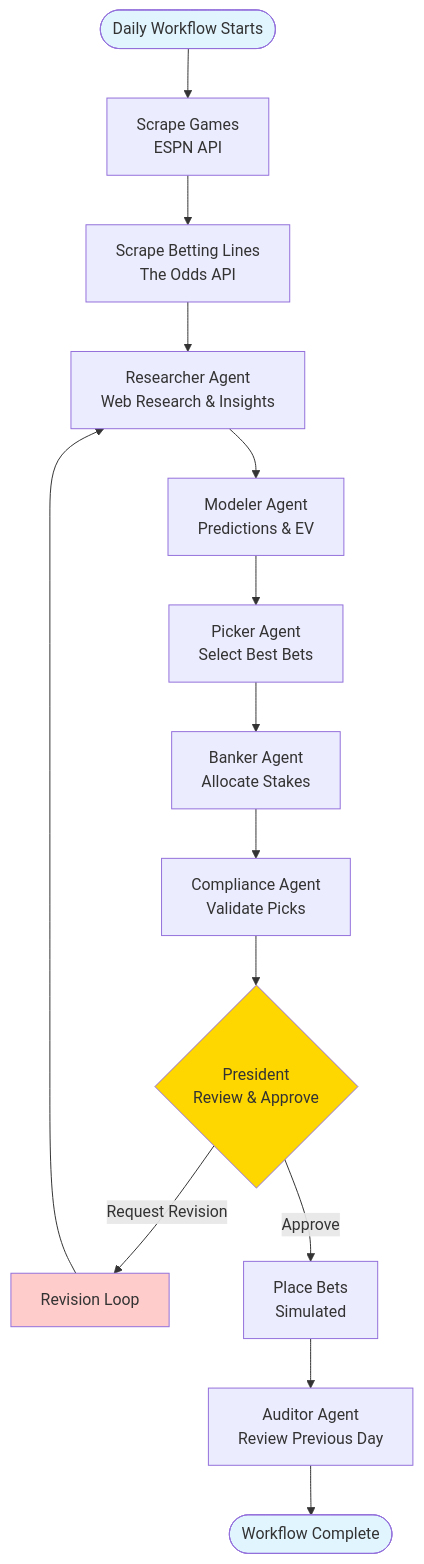
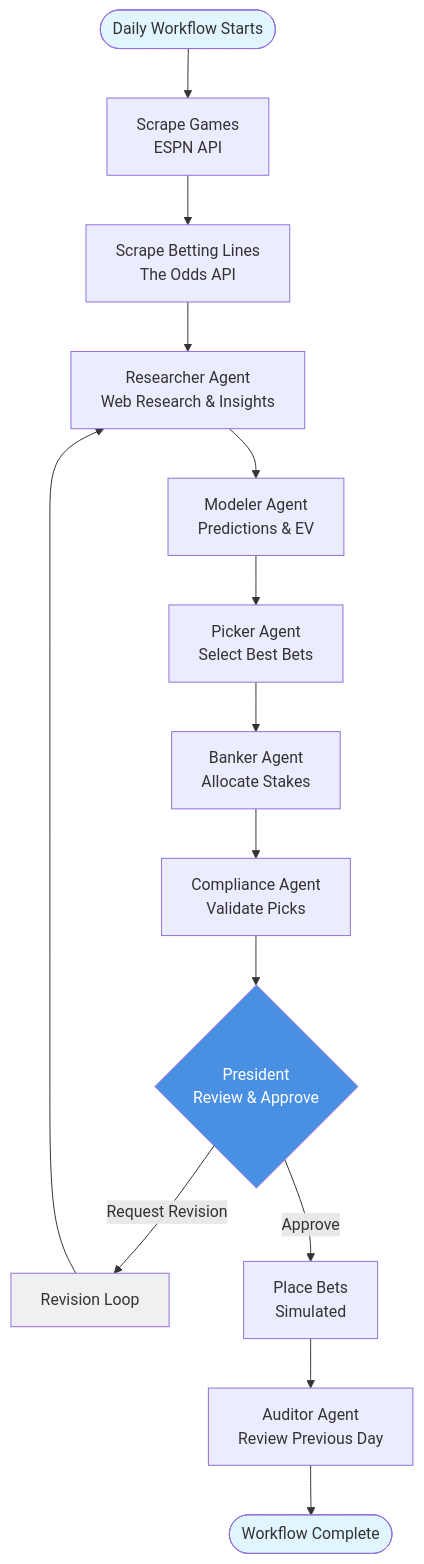
Before and after one commit to mtetkosk/terrarium: the diagram in README.md, drawn with Mermaid.

````diff
--- a/README.md
+++ b/README.md
@@ -19,21 +19,21 @@
 ```mermaid
 graph TD
     Start([Daily Workflow Starts]) --> ScrapeGames[Scrape Games<br/>ESPN API]
     ScrapeGames --> ScrapeLines[Scrape Betting Lines<br/>The Odds API]
     ScrapeLines --> Researcher[Researcher Agent<br/>Web Research & Insights]
     Researcher --> Modeler[Modeler Agent<br/>Predictions & EV]
     Modeler --> Picker[Picker Agent<br/>Select Best Bets]
     Picker --> Banker[Banker Agent<br/>Allocate Stakes]
     Banker --> Compliance[Compliance Agent<br/>Validate Picks]
     Compliance --> President{President<br/>Review & Approve}
     President -->|Request Revision| RevisionLoop[Revision Loop]
     RevisionLoop --> Researcher
     President -->|Approve| PlaceBets[Place Bets<br/>Simulated]
     PlaceBets --> Auditor[Auditor Agent<br/>Review Previous Day]
     Auditor --> End([Workflow Complete])
     
     style Start fill:#e1f5ff
     style End fill:#e1f5ff
-    style President fill:#ffd700
-    style RevisionLoop fill:#ffcccc
+    style President fill:#4a90e2,color:#fff
+    style RevisionLoop fill:#f0f0f0
 ```
````
